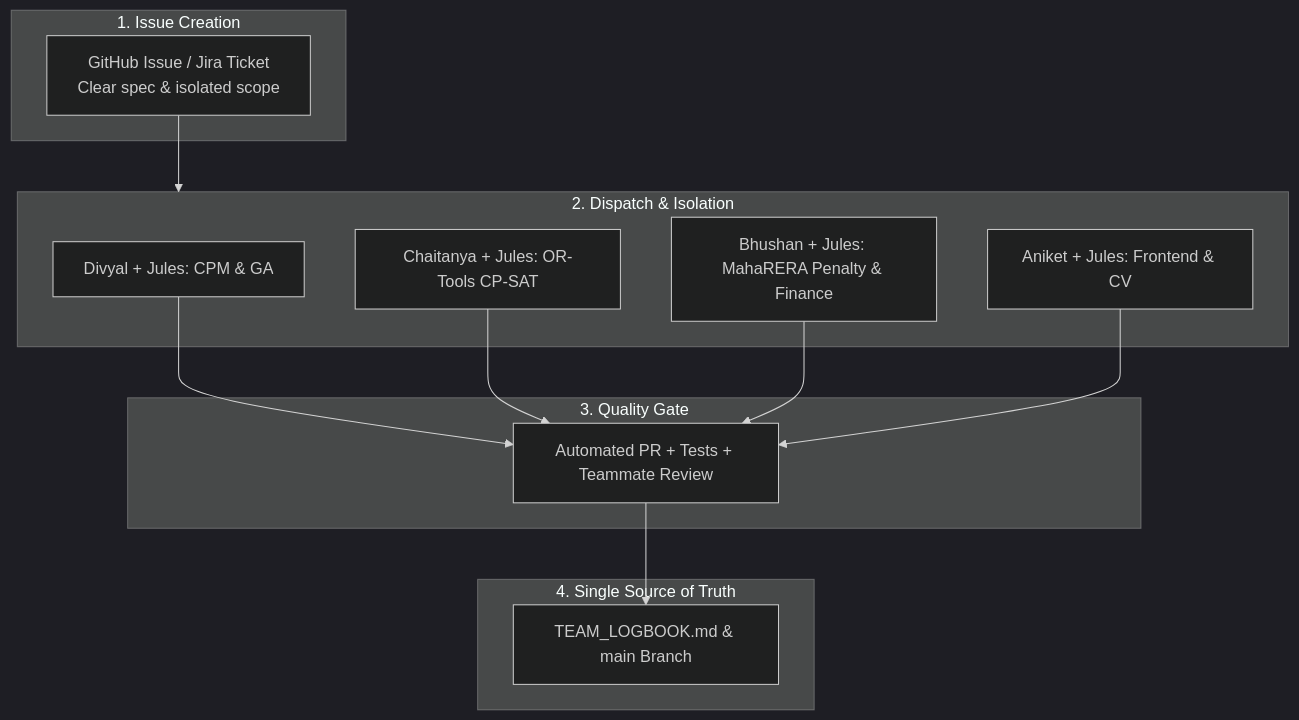
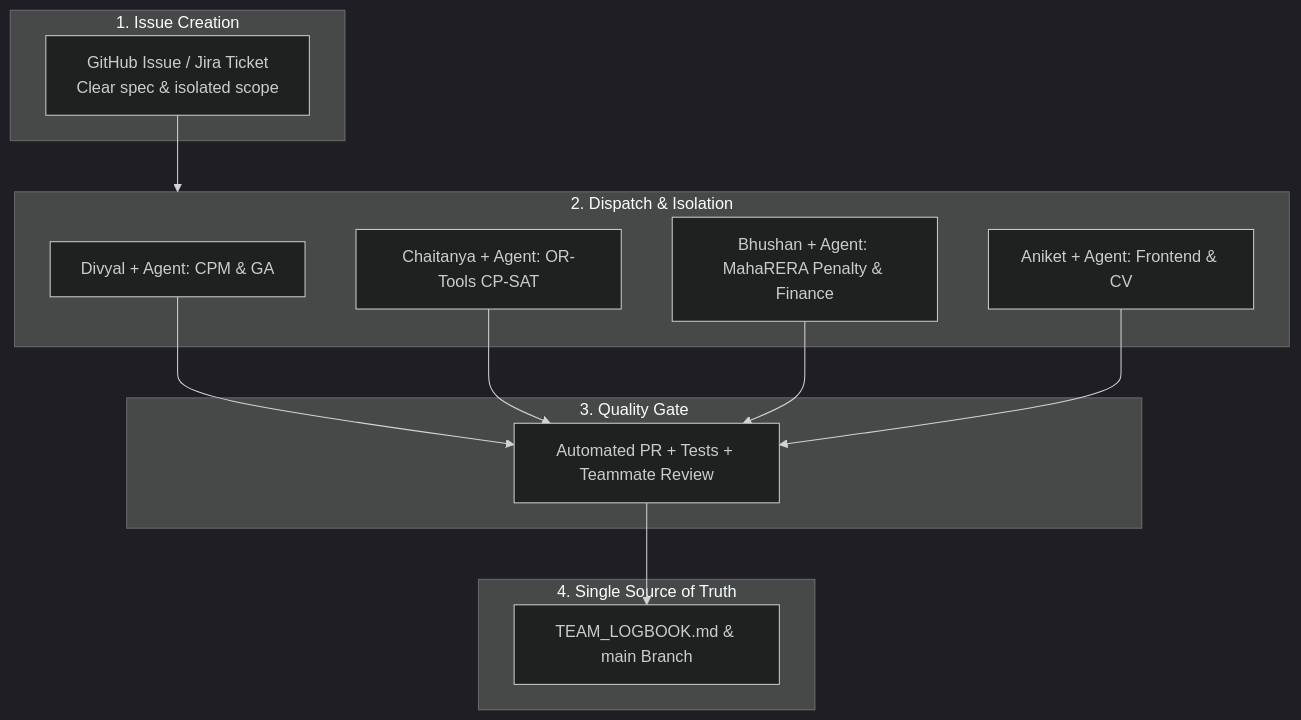
One commit to 26BB/OptiBuild changed the diagram in TEAM_LOGBOOK.md. Above: the diagram before and after it, drawn with Mermaid (dark theme). The commit also changed other lines of this file and 1 other file, not shown here.

Commit message:
docs: modernize fleet protocol from Jules to multi-agent ecosystem (Antigravity, Claude Code, Codex, Cursor)

````diff
--- a/TEAM_LOGBOOK.md
+++ b/TEAM_LOGBOOK.md
@@ -13,28 +13,28 @@
 ```mermaid
 flowchart TD
     subgraph S1[1. Issue Creation]
         I[GitHub Issue / Jira Ticket<br/>Clear spec & isolated scope]
     end
 
     subgraph S2[2. Dispatch & Isolation]
-        J1[Divyal + Jules: CPM & GA]
-        J2[Chaitanya + Jules: OR-Tools CP-SAT]
-        J3[Bhushan + Jules: MahaRERA Penalty & Finance]
-        J4[Aniket + Jules: Frontend & CV]
+        J1[Divyal + Agent: CPM & GA]
+        J2[Chaitanya + Agent: OR-Tools CP-SAT]
+        J3[Bhushan + Agent: MahaRERA Penalty & Finance]
+        J4[Aniket + Agent: Frontend & CV]
     end
 
     subgraph S3[3. Quality Gate]
         PR[Automated PR + Tests + Teammate Review]
     end
 
     subgraph S4[4. Single Source of Truth]
         LB[TEAM_LOGBOOK.md & main Branch]
     end
 
     I --> S2
     J1 --> PR
     J2 --> PR
     J3 --> PR
     J4 --> PR
     PR --> LB
 ```
````
